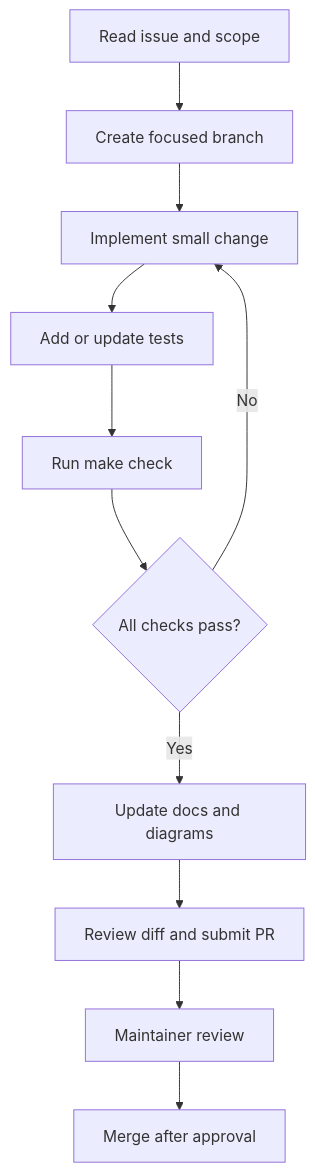
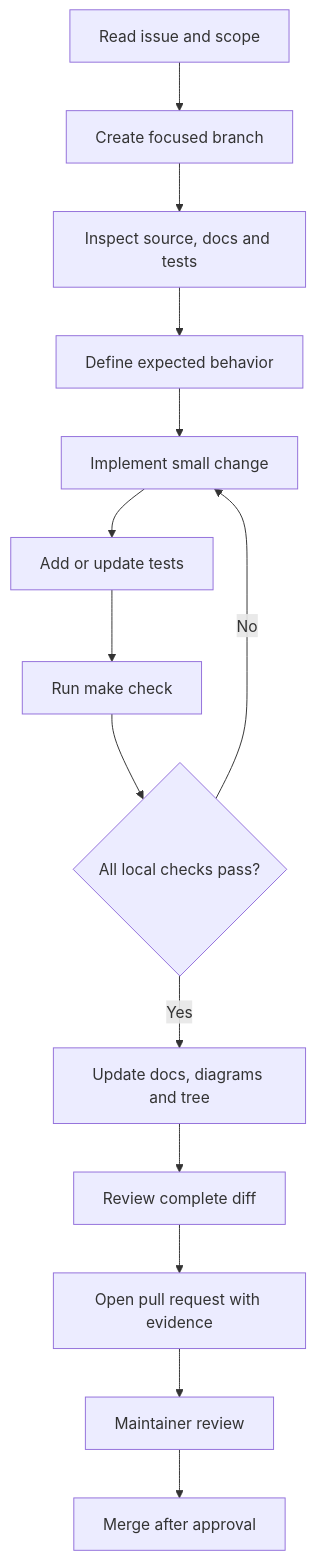
One commit to Brajesh31/chatbot-C- changed the first of 2 diagrams in docs/development-workflow.md. Above: the diagram before and after it, drawn with Mermaid. The commit also changed other lines of this file and 3 other files, not shown here.

```diff
--- a/docs/development-workflow.md
+++ b/docs/development-workflow.md
@@ -3,13 +7,16 @@
 ~~~mermaid
 flowchart TD
  I[Read issue and scope] --> B[Create focused branch]
- B --> C[Implement small change]
- C --> T[Add or update tests]
+ B --> C[Inspect source, docs and tests]
+ C --> D[Define expected behavior]
+ D --> E[Implement small change]
+ E --> T[Add or update tests]
  T --> V[Run make check]
- V --> R{All checks pass?}
- R -->|No| C
- R -->|Yes| D[Update docs and diagrams]
- D --> P[Review diff and submit PR]
- P --> M[Maintainer review]
+ V --> R{All local checks pass?}
+ R -->|No| E
+ R -->|Yes| D2[Update docs, diagrams and tree]
+ D2 --> P[Review complete diff]
+ P --> PR[Open pull request with evidence]
+ PR --> M[Maintainer review]
  M --> A[Merge after approval]
 ~~~
```
